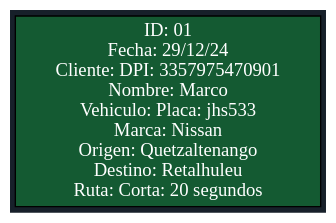
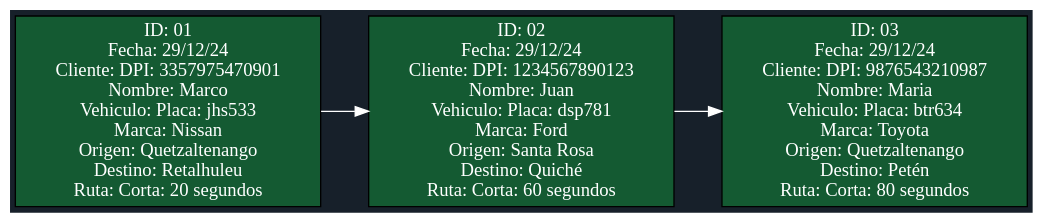
The diagram in Rapidito/Lista_Viajes.dot (Marco131-xel/Edd_Proyecto2), drawn with Graphviz before and after one commit. The commit also changed 19 other files, not shown here.

```diff
--- a/Rapidito/Lista_Viajes.dot
+++ b/Rapidito/Lista_Viajes.dot
@@ -1,7 +1,11 @@
 digraph G {
 rankdir=LR;
 bgcolor="#17202a";
 node [shape=record, style=filled, fillcolor="#145a32", fontcolor="white"];
 edge [color="white"];
 nodo0 [label="ID: 01\nFecha: 29/12/24\nCliente: DPI: 3357975470901\nNombre:  Marco\nVehiculo: Placa: jhs533\nMarca: Nissan\nOrigen: Quetzaltenango\nDestino: Retalhuleu\nRuta: Corta: 20 segundos"];
+nodo1 [label="ID: 02\nFecha: 29/12/24\nCliente: DPI: 1234567890123\nNombre:  Juan\nVehiculo: Placa: dsp781\nMarca: Ford\nOrigen: Santa Rosa\nDestino: Quiché\nRuta: Corta: 60 segundos"];
+nodo2 [label="ID: 03\nFecha: 29/12/24\nCliente: DPI: 9876543210987\nNombre:  Maria\nVehiculo: Placa: btr634\nMarca: Toyota\nOrigen: Quetzaltenango\nDestino: Petén\nRuta: Corta: 80 segundos"];
+nodo0 -> nodo1;
+nodo1 -> nodo2;
 }
```
